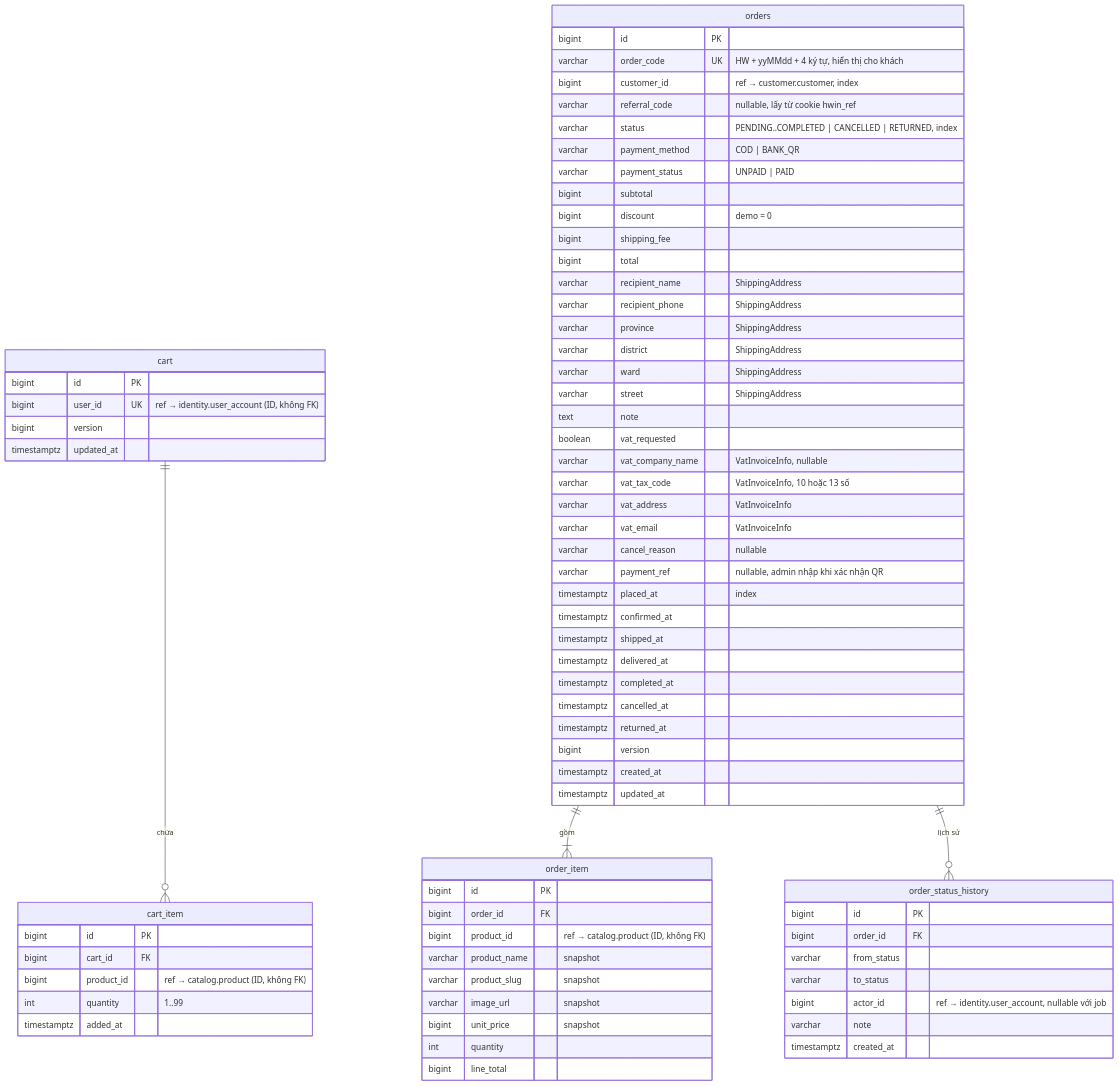
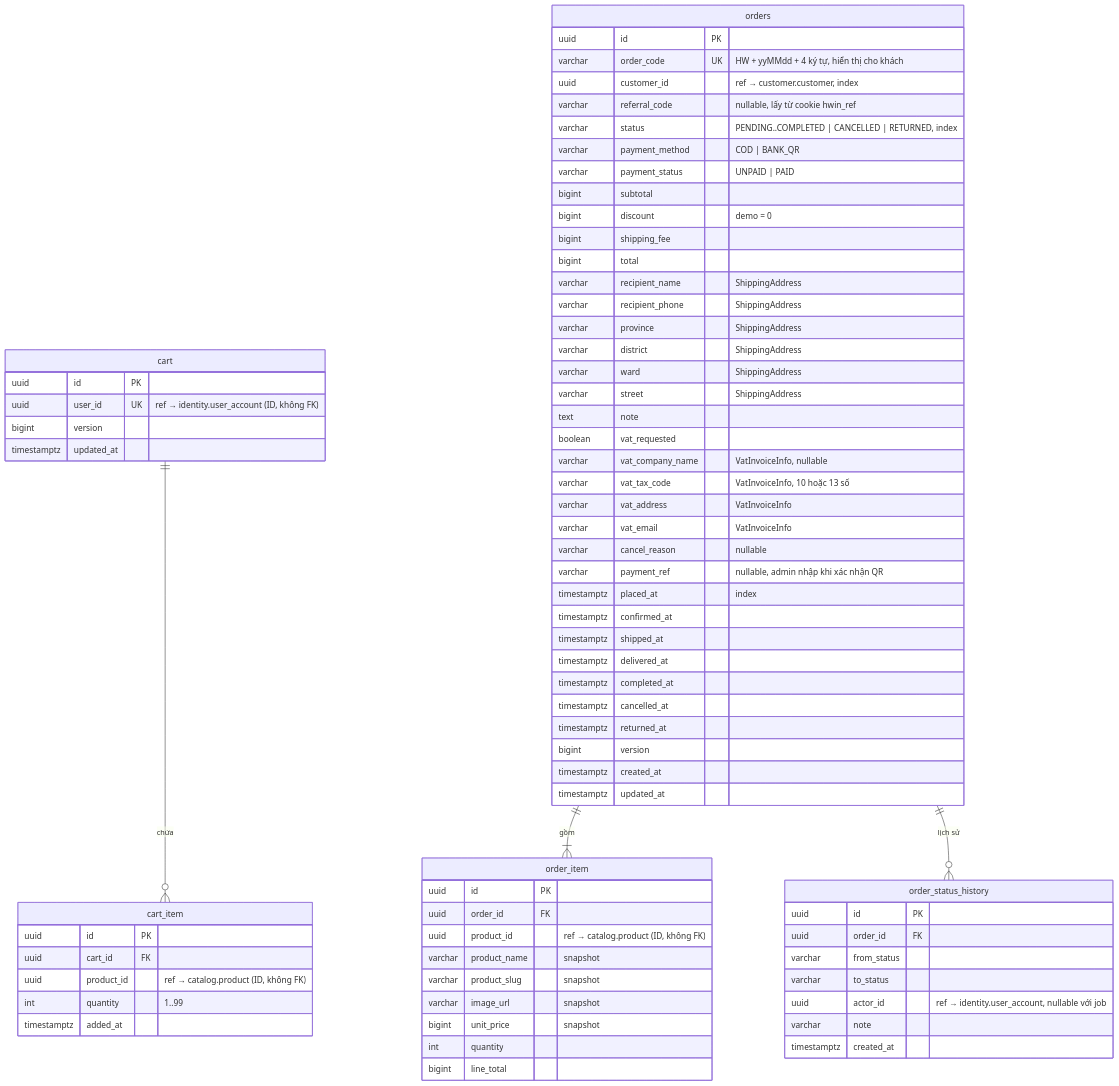
The third of 6 diagrams in docs/02-erd.md (Vietnguyen203/Hwingroupweb), drawn with Mermaid before and after one commit. The commit also changed other lines of this file and 93 other files, not shown here.

First line of the commit message:
refactor: khóa chính chuyển từ bigint sang UUID v7

````diff
--- a/docs/02-erd.md
+++ b/docs/02-erd.md
@@ -170,81 +170,81 @@
 ```mermaid
 erDiagram
     cart ||--o{ cart_item : "chứa"
     orders ||--|{ order_item : "gồm"
     orders ||--o{ order_status_history : "lịch sử"
 
     cart {
-        bigint id PK
-        bigint user_id UK "ref → identity.user_account (ID, không FK)"
+        uuid id PK
+        uuid user_id UK "ref → identity.user_account (ID, không FK)"
         bigint version
         timestamptz updated_at
     }
 
     cart_item {
-        bigint id PK
-        bigint cart_id FK
-        bigint product_id "ref → catalog.product (ID, không FK)"
+        uuid id PK
+        uuid cart_id FK
+        uuid product_id "ref → catalog.product (ID, không FK)"
         int quantity "1..99"
         timestamptz added_at
     }
 
     orders {
-        bigint id PK
+        uuid id PK
         varchar order_code UK "HW + yyMMdd + 4 ký tự, hiển thị cho khách"
-        bigint customer_id "ref → customer.customer, index"
+        uuid customer_id "ref → customer.customer, index"
         varchar referral_code "nullable, lấy từ cookie hwin_ref"
         varchar status "PENDING..COMPLETED | CANCELLED | RETURNED, index"
         varchar payment_method "COD | BANK_QR"
         varchar payment_status "UNPAID | PAID"
         bigint subtotal
         bigint discount "demo = 0"
         bigint shipping_fee
         bigint total
         varchar recipient_name "ShippingAddress"
         varchar recipient_phone "ShippingAddress"
         varchar province "ShippingAddress"
         varchar district "ShippingAddress"
         varchar ward "ShippingAddress"
         varchar street "ShippingAddress"
         text note
         boolean vat_requested
         varchar vat_company_name "VatInvoiceInfo, nullable"
         varchar vat_tax_code "VatInvoiceInfo, 10 hoặc 13 số"
         varchar vat_address "VatInvoiceInfo"
         varchar vat_email "VatInvoiceInfo"
         varchar cancel_reason "nullable"
         varchar payment_ref "nullable, admin nhập khi xác nhận QR"
         timestamptz placed_at "index"
         timestamptz confirmed_at
         timestamptz shipped_at
         timestamptz delivered_at
         timestamptz completed_at
         timestamptz cancelled_at
         timestamptz returned_at
         bigint version
         timestamptz created_at
         timestamptz updated_at
     }
 
     order_item {
-        bigint id PK
-        bigint order_id FK
-        bigint product_id "ref → catalog.product (ID, không FK)"
+        uuid id PK
+        uuid order_id FK
+        uuid product_id "ref → catalog.product (ID, không FK)"
         varchar product_name "snapshot"
         varchar product_slug "snapshot"
         varchar image_url "snapshot"
         bigint unit_price "snapshot"
         int quantity
         bigint line_total
     }
 
     order_status_history {
-        bigint id PK
-        bigint order_id FK
+        uuid id PK
+        uuid order_id FK
         varchar from_status
         varchar to_status
-        bigint actor_id "ref → identity.user_account, nullable với job"
+        uuid actor_id "ref → identity.user_account, nullable với job"
         varchar note
         timestamptz created_at
     }
 ```
````
